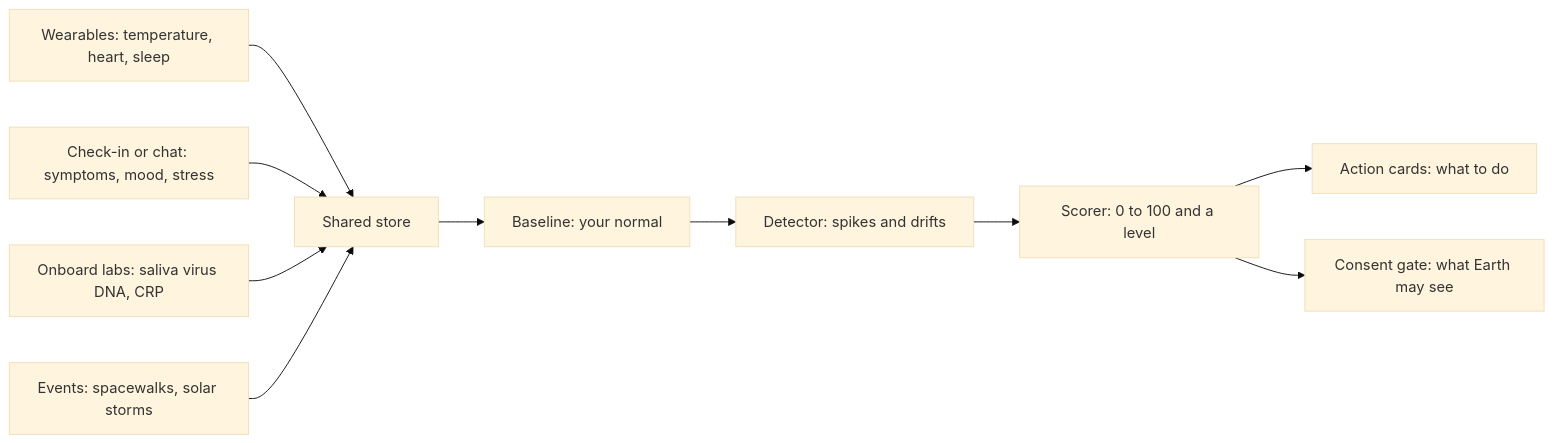
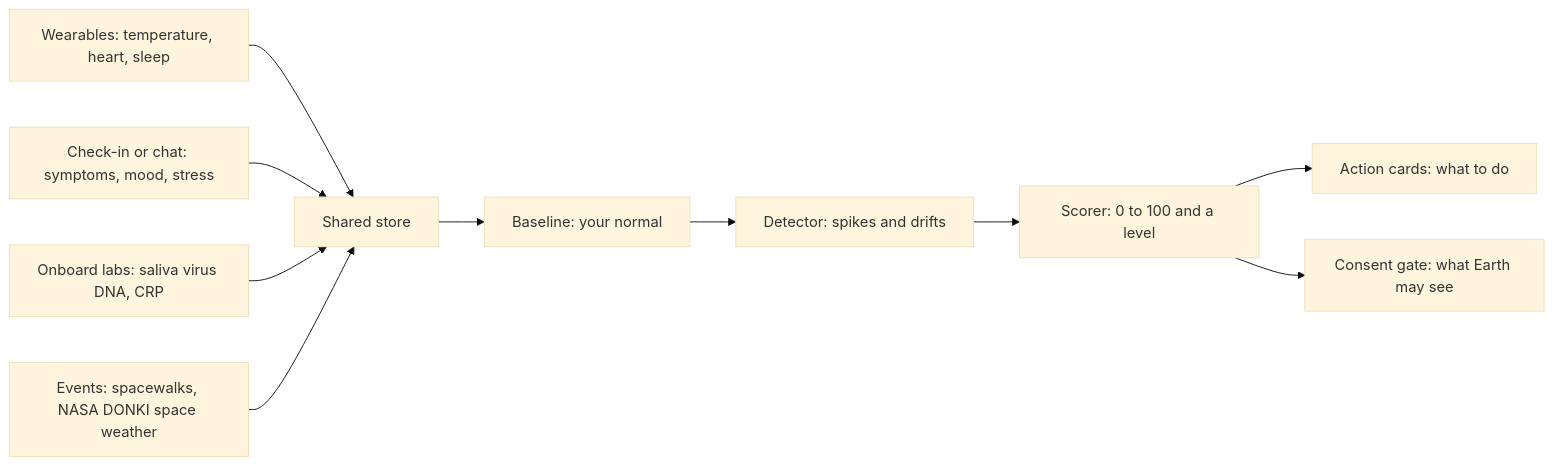
Before and after one commit to rdenis03/spacemontoringsoftware: the first of 2 diagrams in README.md, drawn with Mermaid (base theme). The commit also changed other lines of this file, not shown here.

Commit message:
Docs: README explains the NASA DONKI data, links the live demo, notes AI use

````diff
--- a/README.md
+++ b/README.md
@@ -59,12 +72,12 @@
 ```mermaid
 flowchart LR
   W["Wearables: temperature, heart, sleep"] --> S["Shared store"]
   C["Check-in or chat: symptoms, mood, stress"] --> S
   L["Onboard labs: saliva virus DNA, CRP"] --> S
-  E["Events: spacewalks, solar storms"] --> S
+  E["Events: spacewalks, NASA DONKI space weather"] --> S
   S --> B["Baseline: your normal"]
   B --> D["Detector: spikes and drifts"]
   D --> R["Scorer: 0 to 100 and a level"]
   R --> A["Action cards: what to do"]
   R --> G["Consent gate: what Earth may see"]
 ```
````
